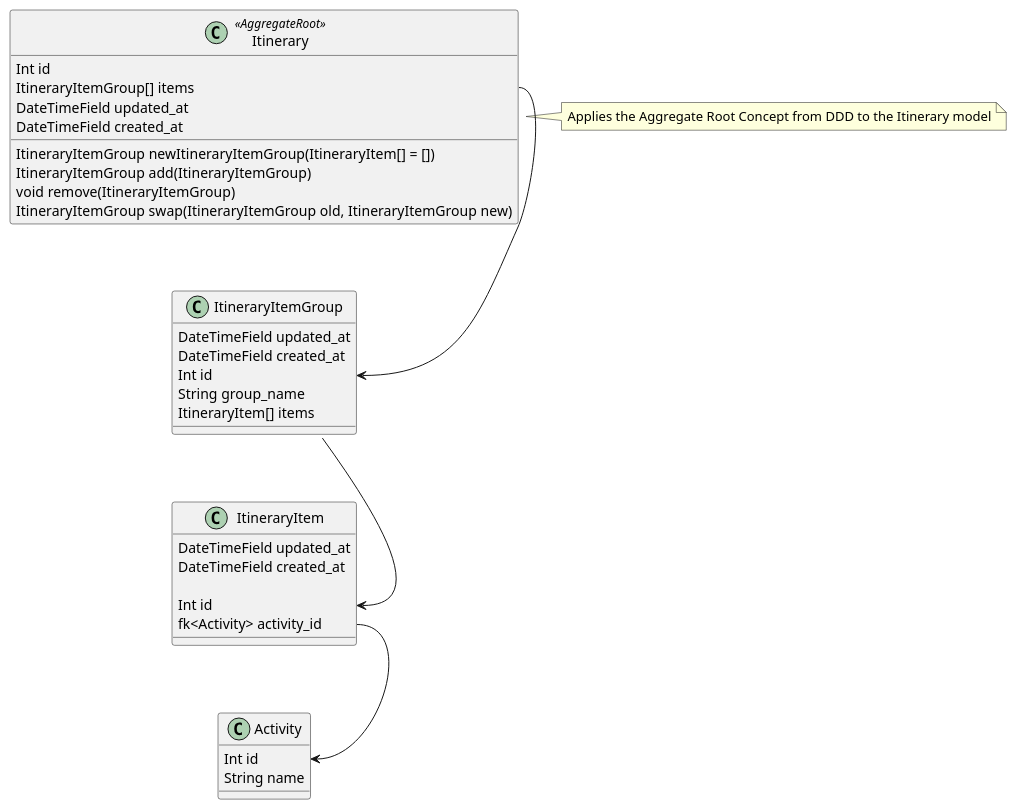
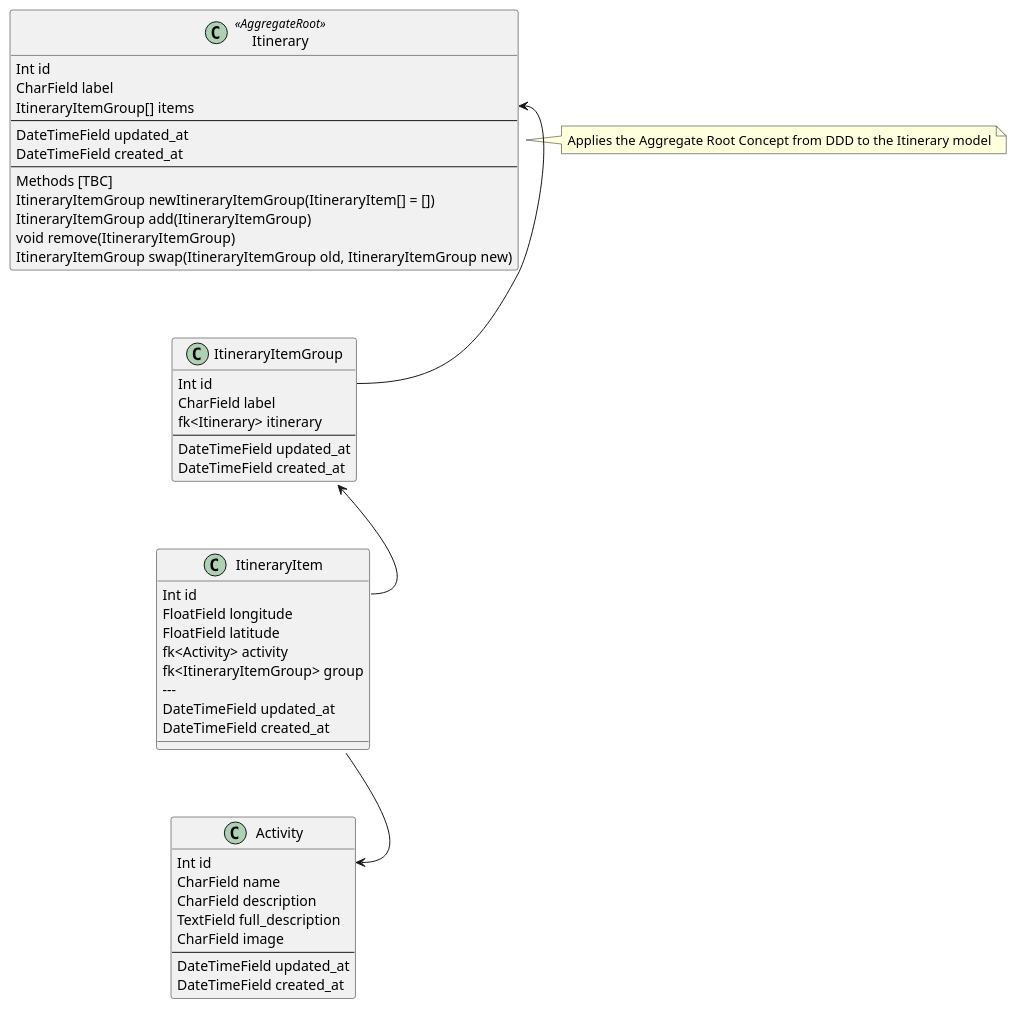
Before and after one commit to chris-emerson/rabu-backend: the diagram in docs/uml/data_model.puml, drawn with PlantUML. The commit also changed 6 other files, not shown here.

```diff
--- a/docs/uml/data_model.puml
+++ b/docs/uml/data_model.puml
@@ -1,42 +1,55 @@
 @startuml
 'https://plantuml.com/object-diagram
 
 
 class Itinerary<<AggregateRoot>> {
     Int id
+    CharField label
     ItineraryItemGroup[] items
+    --
     DateTimeField updated_at
     DateTimeField created_at
-
+    --
+    Methods [TBC]
     ItineraryItemGroup newItineraryItemGroup(ItineraryItem[] = [])
     ItineraryItemGroup add(ItineraryItemGroup)
     void remove(ItineraryItemGroup)
     ItineraryItemGroup swap(ItineraryItemGroup old, ItineraryItemGroup new)
 }
 note right: Applies the Aggregate Root Concept from DDD to the Itinerary model
 
 class ItineraryItemGroup {
+    Int id
+    CharField label
+    fk<Itinerary> itinerary
+    --
     DateTimeField updated_at
     DateTimeField created_at
-    Int id
-    String group_name
-    ItineraryItem[] items
 }
 
 class ItineraryItem {
+    Int id
+    FloatField longitude
+    FloatField latitude
+    fk<Activity> activity
+    fk<ItineraryItemGroup> group
+     ---
     DateTimeField updated_at
     DateTimeField created_at
-
-    Int id
-    fk<Activity> activity_id
 }
 
 class Activity {
     Int id
-    String name
+    CharField name
+    CharField description
+    TextField full_description
+    CharField image
+    ---
+    DateTimeField updated_at
+    DateTimeField created_at
 }
 
-Itinerary::ItineraryItemGroup --> ItineraryItemGroup::id
-ItineraryItemGroup::ItineraryItems --> ItineraryItem::id
+Itinerary::ItineraryItemGroup <-- ItineraryItemGroup::id
+ItineraryItemGroup::ItineraryItems <-- ItineraryItem::id
 ItineraryItem::activity_id --> Activity::id
 @enduml
```
